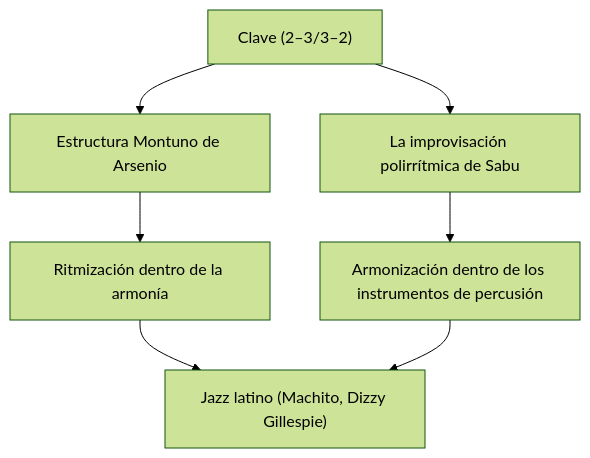
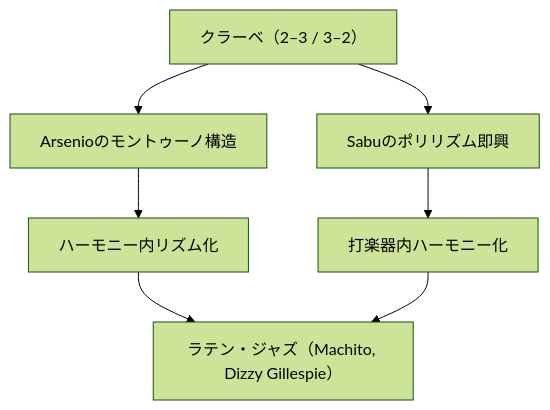
The first of 2 diagrams in es/_posts/2025-10-30-column-sabu-martinez-arsenio-rodriguez.md (monumental-movement/monumental-movement.github.io), drawn with Mermaid (forest theme) before and after one commit. The commit also changed other lines of this file and 299 other files, not shown here.

```diff
--- a/es/_posts/2025-10-30-column-sabu-martinez-arsenio-rodriguez.md
+++ b/es/_posts/2025-10-30-column-sabu-martinez-arsenio-rodriguez.md
@@ -135,11 +135,11 @@
 <div class="mermaid">
 
 flowchart TD
-    A["Clave (2–3/3–2)"] --> B["Estructura Montuno de Arsenio"]
-    A --> C["La improvisación polirrítmica de Sabu"]
-    B --> D["Ritmización dentro de la armonía"]
-    C --> E["Armonización dentro de los instrumentos de percusión"]
-    D --> F["Jazz latino (Machito, Dizzy Gillespie)"]
+    A["クラーベ（2–3 / 3–2）"] --> B["Arsenioのモントゥーノ構造"]
+    A --> C["Sabuのポリリズム即興"]
+    B --> D["ハーモニー内リズム化"]
+    C --> E["打楽器内ハーモニー化"]
+    D --> F["ラテン・ジャズ（Machito, Dizzy Gillespie）"]
     E --> F
 
 </div>
```
